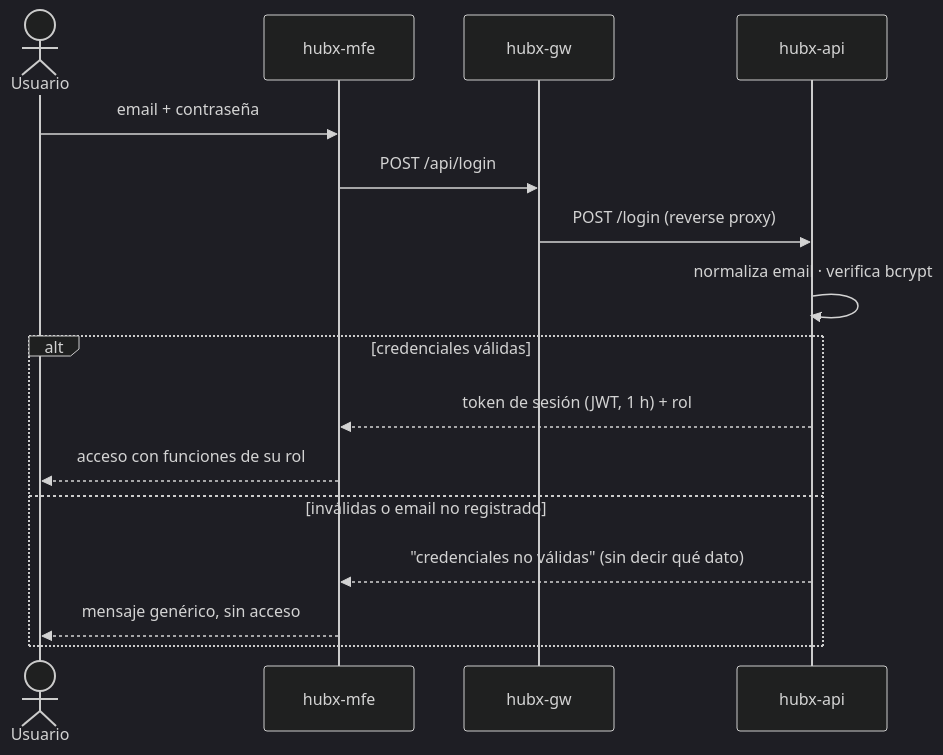
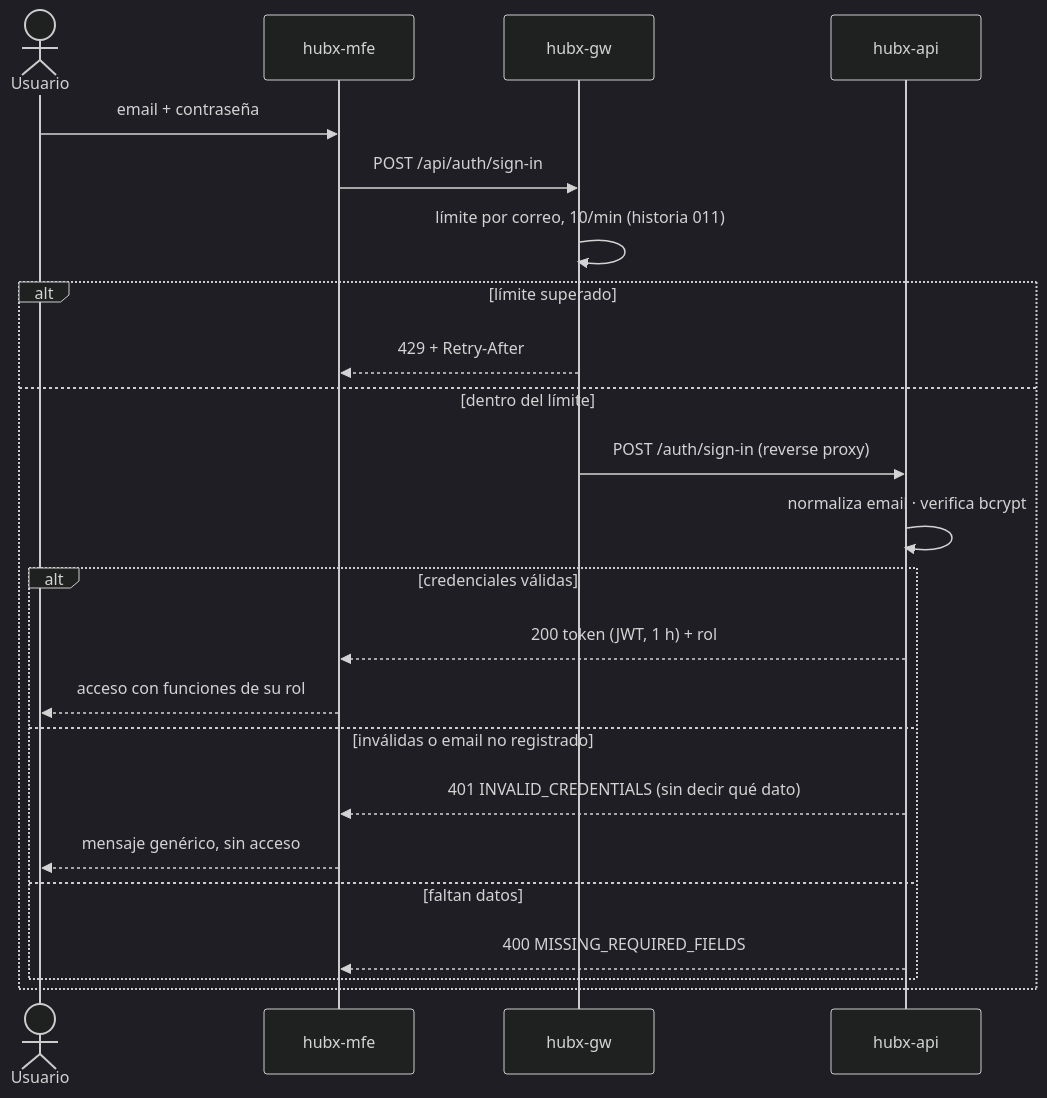
One commit to JairoHGomezCastillo/hubx changed the first of 6 diagrams in docs/diagramas/04-flujos-aplicacion.md. Above: the diagram before and after it, drawn with Mermaid (dark theme). The commit also changed other lines of this file and 6 other files, not shown here.

Commit message:
[agent:hubx-lead] 011 update docs/diagramas to the current state

````diff
--- a/docs/diagramas/04-flujos-aplicacion.md
+++ b/docs/diagramas/04-flujos-aplicacion.md
@@ -11,19 +12,26 @@
 ```mermaid
 sequenceDiagram
     actor U as Usuario
     participant MFE as hubx-mfe
     participant GW as hubx-gw
     participant API as hubx-api
 
     U->>MFE: email + contraseña
-    MFE->>GW: POST /api/login
-    GW->>API: POST /login (reverse proxy)
-    API->>API: normaliza email · verifica bcrypt
-    alt credenciales válidas
-        API-->>MFE: token de sesión (JWT, 1 h) + rol
-        MFE-->>U: acceso con funciones de su rol
-    else inválidas o email no registrado
-        API-->>MFE: "credenciales no válidas" (sin decir qué dato)
-        MFE-->>U: mensaje genérico, sin acceso
+    MFE->>GW: POST /api/auth/sign-in
+    GW->>GW: límite por correo, 10/min (historia 011)
+    alt límite superado
+        GW-->>MFE: 429 + Retry-After
+    else dentro del límite
+        GW->>API: POST /auth/sign-in (reverse proxy)
+        API->>API: normaliza email · verifica bcrypt
+        alt credenciales válidas
+            API-->>MFE: 200 token (JWT, 1 h) + rol
+            MFE-->>U: acceso con funciones de su rol
+        else inválidas o email no registrado
+            API-->>MFE: 401 INVALID_CREDENTIALS (sin decir qué dato)
+            MFE-->>U: mensaje genérico, sin acceso
+        else faltan datos
+            API-->>MFE: 400 MISSING_REQUIRED_FIELDS
+        end
     end
 ```
````
